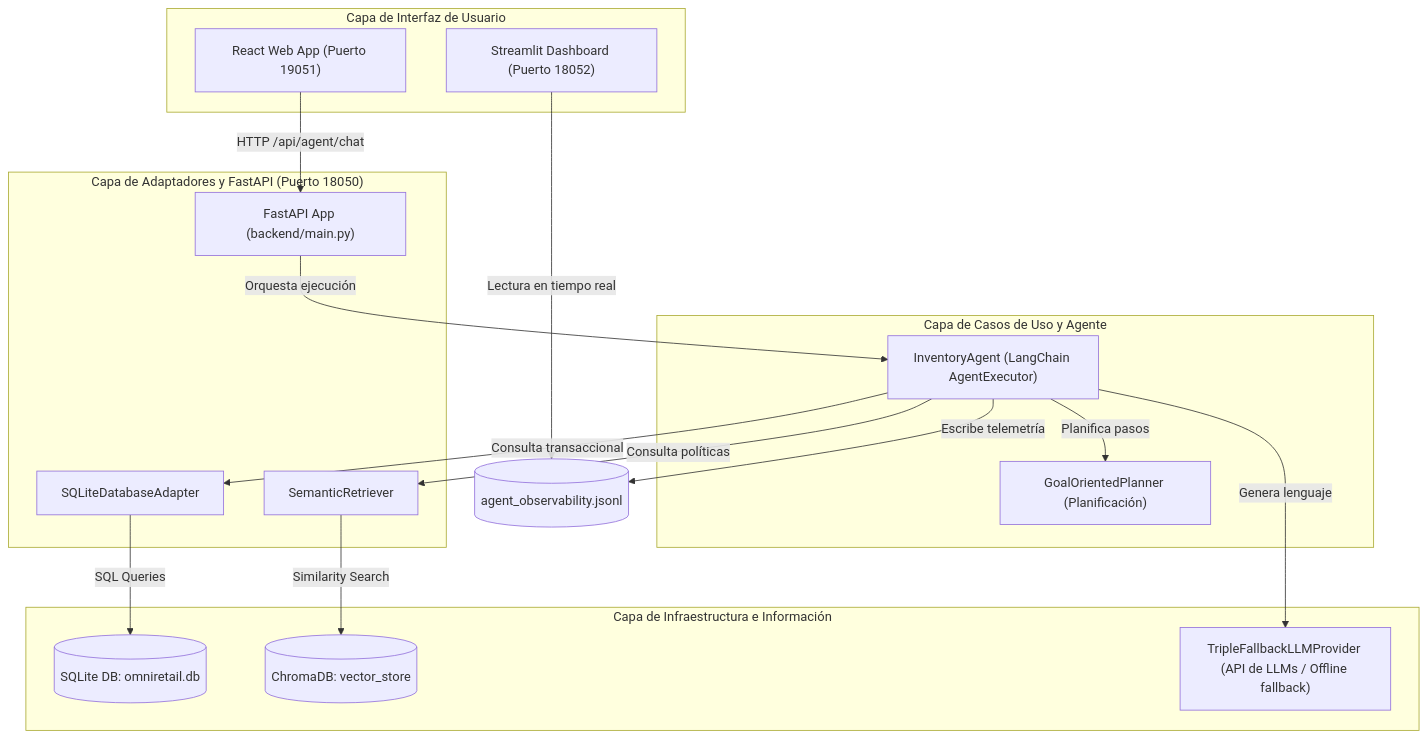
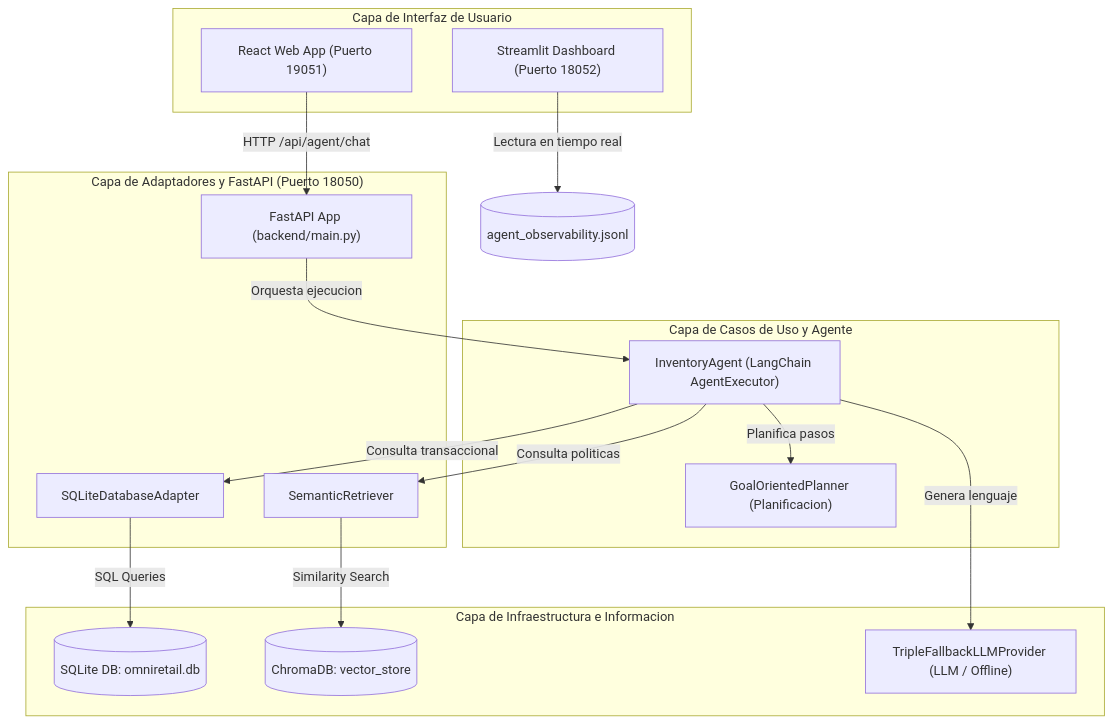
Before and after one commit to HecAguilaV/SolucionesIA: the diagram in docs/Informe_Final_EFT.md, drawn with Mermaid. The commit also changed other lines of this file, not shown here.

````diff
--- a/docs/Informe_Final_EFT.md
+++ b/docs/Informe_Final_EFT.md
@@ -40,35 +36,34 @@
 ```mermaid
 graph TD
     subgraph UI ["Capa de Interfaz de Usuario"]
         React["React Web App (Puerto 19051)"]
         Streamlit["Streamlit Dashboard (Puerto 18052)"]
     end
 
     subgraph Backend ["Capa de Adaptadores y FastAPI (Puerto 18050)"]
         API["FastAPI App (backend/main.py)"]
         RAG["SemanticRetriever"]
         DB["SQLiteDatabaseAdapter"]
     end
 
     subgraph Core ["Capa de Casos de Uso y Agente"]
         Agent["InventoryAgent (LangChain AgentExecutor)"]
-        Planner["GoalOrientedPlanner (Planificación)"]
+        Planner["GoalOrientedPlanner (Planificacion)"]
     end
 
-    subgraph Data ["Capa de Infraestructura e Información"]
+    subgraph Data ["Capa de Infraestructura e Informacion"]
         SQLite[(SQLite DB: omniretail.db)]
         Chroma[(ChromaDB: vector_store)]
-        LLM["TripleFallbackLLMProvider (API de LLMs / Offline fallback)"]
+        LLM["TripleFallbackLLMProvider (LLM / Offline)"]
     end
 
     React -->|HTTP /api/agent/chat| API
     Streamlit -->|Lectura en tiempo real| Log[(agent_observability.jsonl)]
-    API -->|Orquesta ejecución| Agent
+    API -->|Orquesta ejecucion| Agent
     Agent -->|Planifica pasos| Planner
-    Agent -->|Consulta políticas| RAG
+    Agent -->|Consulta politicas| RAG
     Agent -->|Consulta transaccional| DB
     Agent -->|Genera lenguaje| LLM
     RAG -->|Similarity Search| Chroma
     DB -->|SQL Queries| SQLite
-    Agent -->|Escribe telemetría| Log
 ```
````
